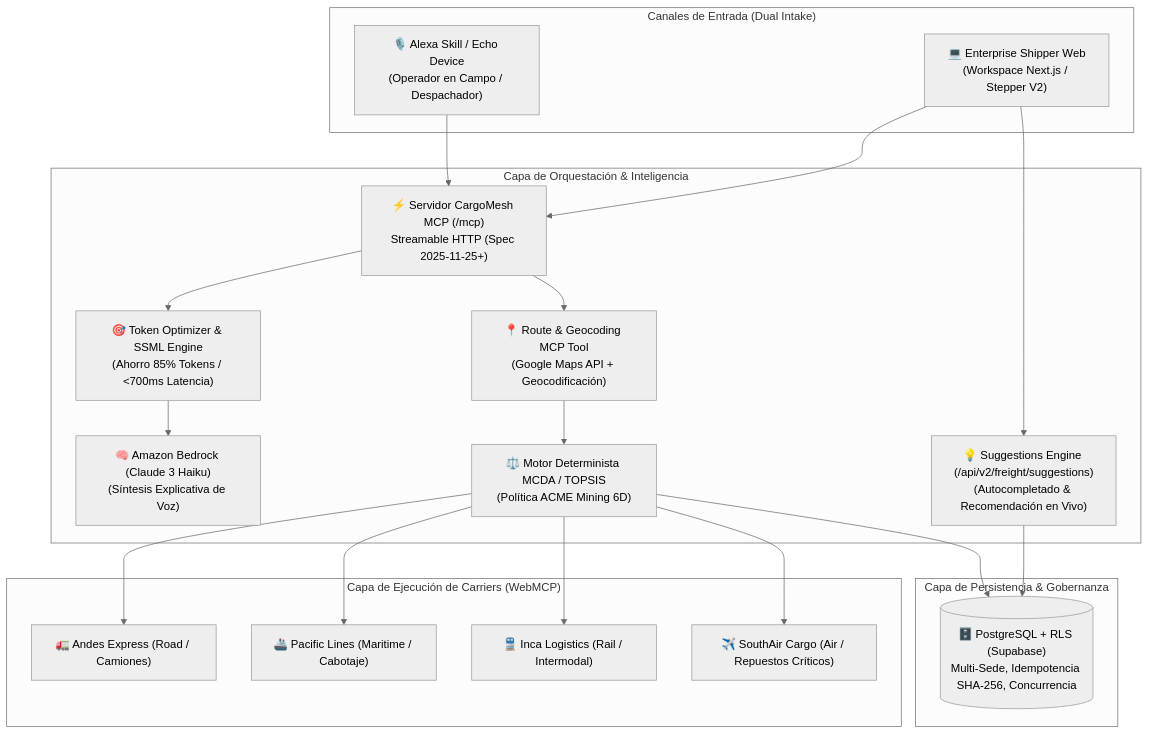
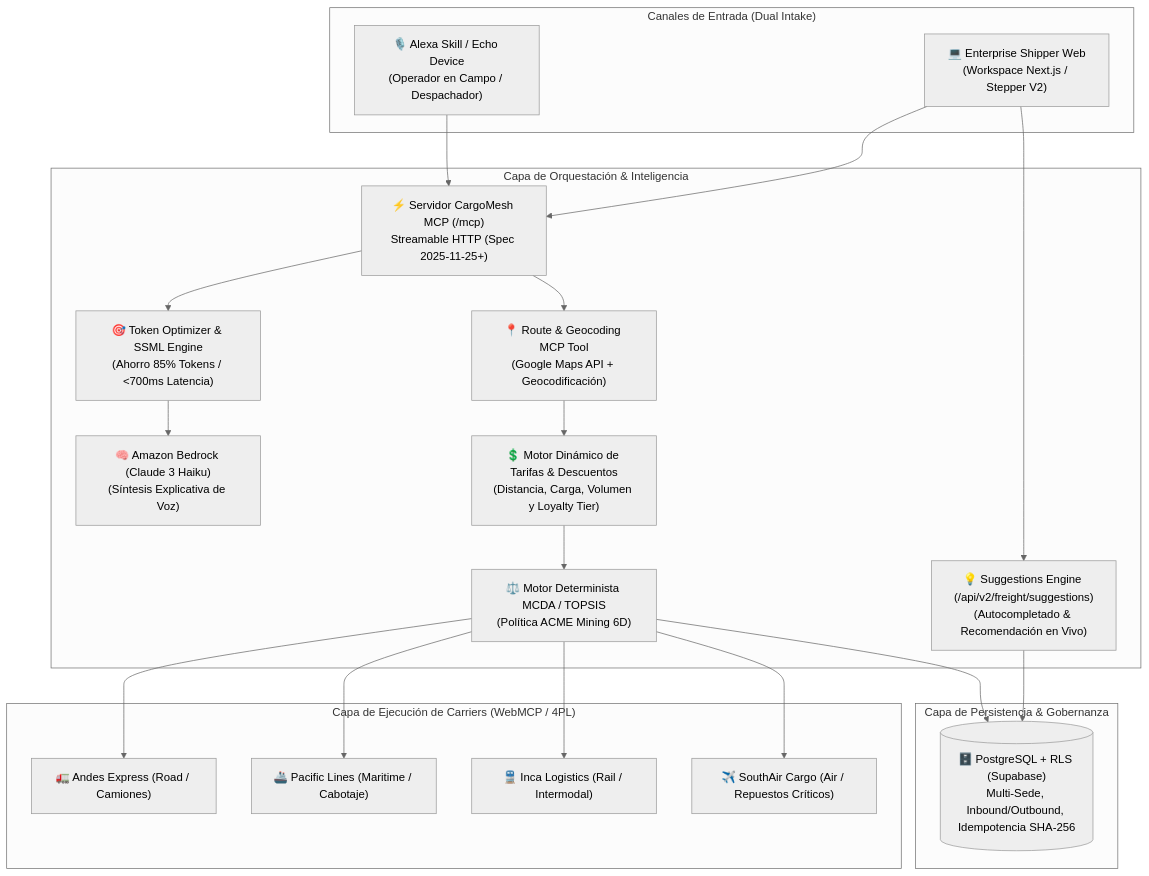
One commit to Chujutak2024/cargomesh changed the first of 4 diagrams in docs/architecture-v2/CARGOMESH_V2_EVOLUTION_BLUEPRINT.md. Above: the diagram before and after it, drawn with Mermaid (neutral theme). The commit also changed other lines of this file, not shown here.

Commit message:
docs(blueprint): add Inbound/Outbound flows, inDrive ranking, 4PL consortium, and dynamic pricing

````diff
--- a/docs/architecture-v2/CARGOMESH_V2_EVOLUTION_BLUEPRINT.md
+++ b/docs/architecture-v2/CARGOMESH_V2_EVOLUTION_BLUEPRINT.md
@@ -9,41 +9,43 @@
 ```mermaid
 graph TD
     subgraph "Canales de Entrada (Dual Intake)"
         ALEXA["🎙️ Alexa Skill / Echo Device<br>(Operador en Campo / Despachador)"]
         WEB["💻 Enterprise Shipper Web<br>(Workspace Next.js / Stepper V2)"]
     end
 
     subgraph "Capa de Orquestación & Inteligencia"
         MCP["⚡ Servidor CargoMesh MCP (/mcp)<br>Streamable HTTP (Spec 2025-11-25+)"]
         TOKEN_OPT["🎯 Token Optimizer & SSML Engine<br>(Ahorro 85% Tokens / <700ms Latencia)"]
         ROUTING_MCP["📍 Route & Geocoding MCP Tool<br>(Google Maps API + Geocodificación)"]
         SUGGEST_API["💡 Suggestions Engine (/api/v2/freight/suggestions)<br>(Autocompletado & Recomendación en Vivo)"]
+        PRICING_ENGINE["💲 Motor Dinámico de Tarifas & Descuentos<br>(Distancia, Carga, Volumen y Loyalty Tier)"]
         MCDA["⚖️ Motor Determinista MCDA / TOPSIS<br>(Política ACME Mining 6D)"]
         BEDROCK["🧠 Amazon Bedrock (Claude 3 Haiku)<br>(Síntesis Explicativa de Voz)"]
     end
 
-    subgraph "Capa de Ejecución de Carriers (WebMCP)"
+    subgraph "Capa de Ejecución de Carriers (WebMCP / 4PL)"
         ANDES["🚛 Andes Express (Road / Camiones)"]
         PACIFIC["🚢 Pacific Lines (Maritime / Cabotaje)"]
         INCA["🚆 Inca Logistics (Rail / Intermodal)"]
         AIR["✈️ SouthAir Cargo (Air / Repuestos Críticos)"]
     end
 
     subgraph "Capa de Persistencia & Gobernanza"
-        DB[("🗄️ PostgreSQL + RLS (Supabase)<br>Multi-Sede, Idempotencia SHA-256, Concurrencia")]
+        DB[("🗄️ PostgreSQL + RLS (Supabase)<br>Multi-Sede, Inbound/Outbound, Idempotencia SHA-256")]
     end
 
     ALEXA --> MCP
     WEB --> MCP
     MCP --> TOKEN_OPT
     TOKEN_OPT --> BEDROCK
     MCP --> ROUTING_MCP
     WEB --> SUGGEST_API
-    ROUTING_MCP --> MCDA
+    ROUTING_MCP --> PRICING_ENGINE
+    PRICING_ENGINE --> MCDA
     SUGGEST_API --> DB
     MCDA --> ANDES
     MCDA --> PACIFIC
     MCDA --> INCA
     MCDA --> AIR
     MCDA --> DB
 ```
````
